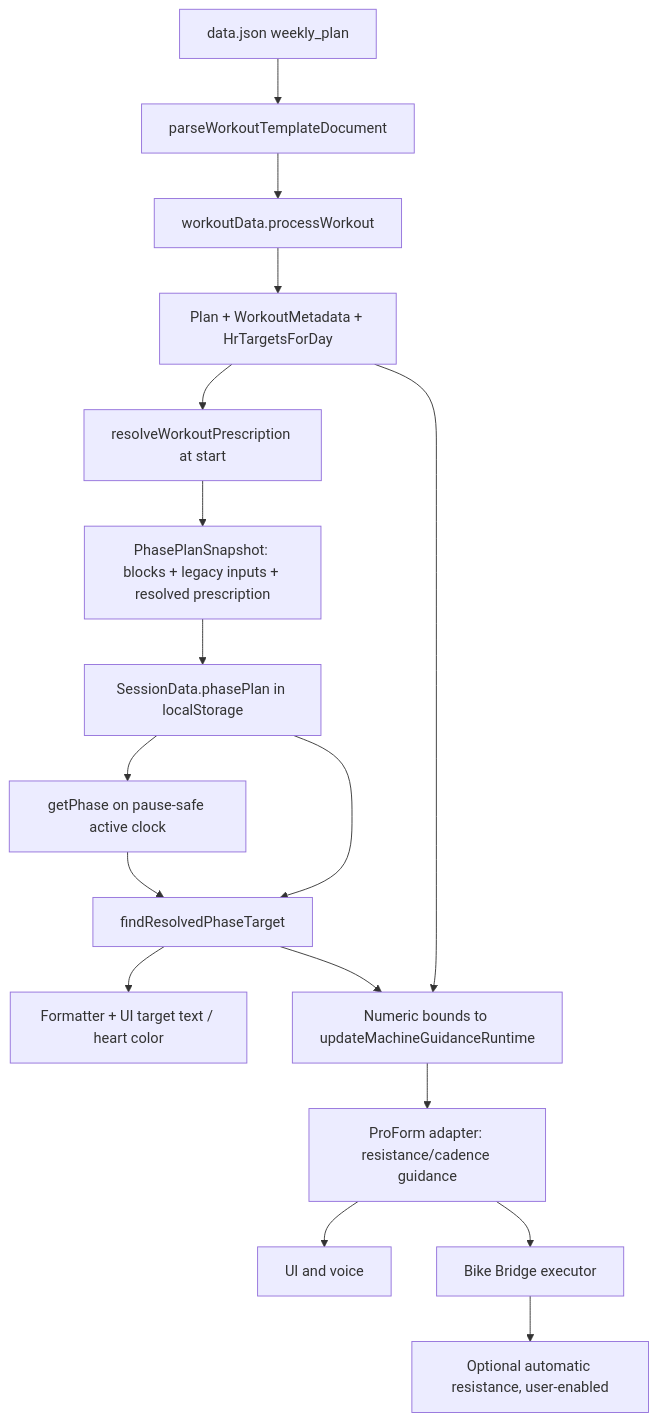
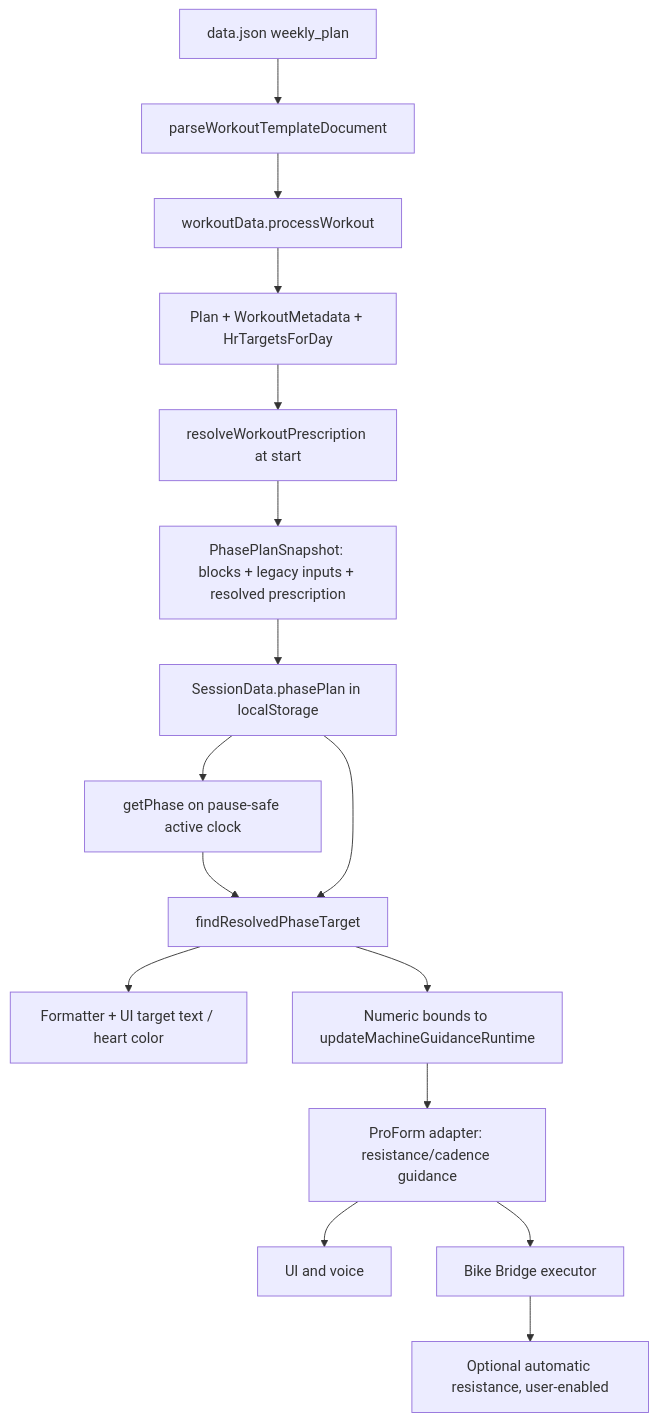
One commit to markrai/sisu-trainer changed the first of 3 diagrams in docs/adaptive-training-architecture-review.md. Above: the diagram before and after it, drawn with Mermaid. The commit also changed other lines of this file and 28 other files, not shown here.

````diff
--- a/docs/adaptive-training-architecture-review.md
+++ b/docs/adaptive-training-architecture-review.md
@@ -192,19 +196,18 @@
 ```mermaid
 flowchart TD
     A["data.json weekly_plan"] --> B["parseWorkoutTemplateDocument"]
     B --> C["workoutData.processWorkout"]
     C --> D["Plan + WorkoutMetadata + HrTargetsForDay"]
     D --> E["resolveWorkoutPrescription at start"]
     E --> F["PhasePlanSnapshot: blocks + legacy inputs + resolved prescription"]
     F --> G["SessionData.phasePlan in localStorage"]
     G --> H["getPhase on pause-safe active clock"]
     H --> I["findResolvedPhaseTarget"]
     G --> I
     I --> J["Formatter + UI target text / heart color"]
     I --> K["Numeric bounds to updateMachineGuidanceRuntime"]
-    D --> K
     K --> L["ProForm adapter: resistance/cadence guidance"]
     L --> M["UI and voice"]
     L --> N["Bike Bridge executor"]
     N --> O["Optional automatic resistance, user-enabled"]
 ```
````
